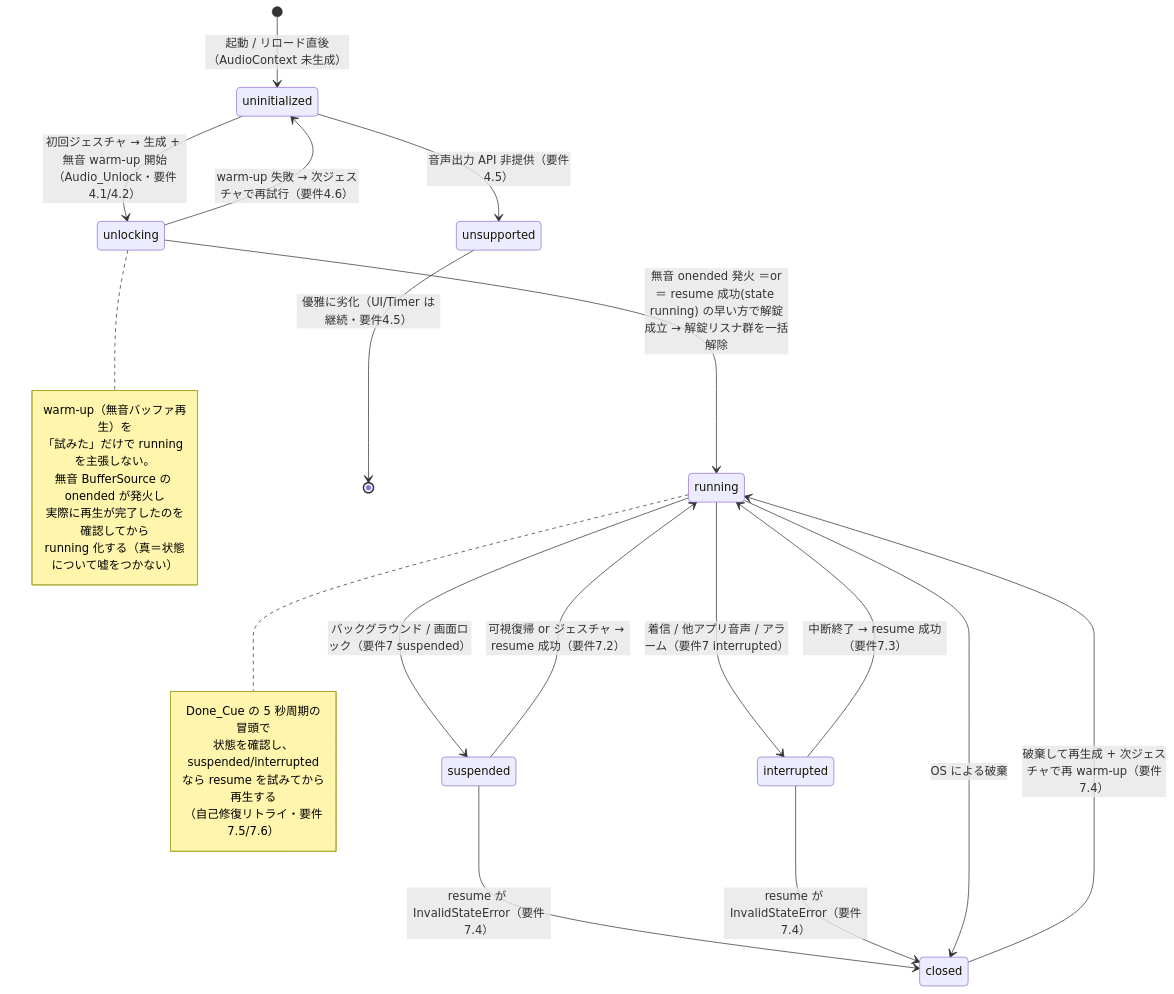
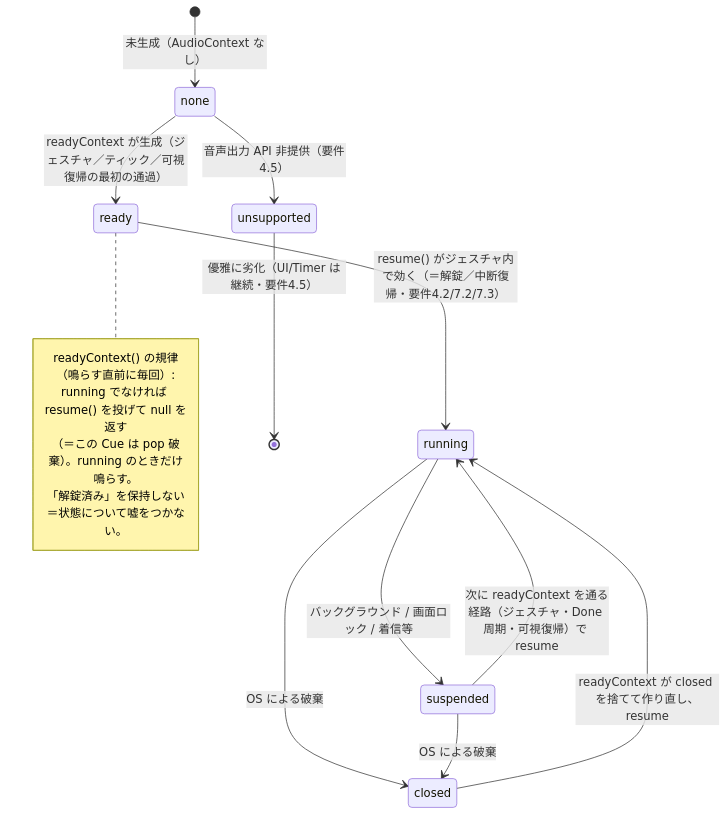
Before and after one commit to mikomokaru/durable-yudemen: the third of 4 diagrams in .kiro/specs/audio-cues/design.md, drawn with Mermaid. The commit also changed other lines of this file and 1 other file, not shown here.

First line of the commit message:
refactor(client): 音声解錠を状態保持から readyContext の実測へ簡素化

````diff
--- a/.kiro/specs/audio-cues/design.md
+++ b/.kiro/specs/audio-cues/design.md
@@ -132,37 +134,23 @@
 ```mermaid
 stateDiagram-v2
-  [*] --> uninitialized: 起動 / リロード直後（AudioContext 未生成）
-  uninitialized --> unlocking: 初回ジェスチャ → 生成 + 無音 warm-up 開始（Audio_Unlock・要件4.1/4.2）
-  unlocking --> running: 無音 onended 発火 ＝or＝ resume 成功(state running) の早い方で解錠成立 → 解錠リスナ群を一括解除
-  unlocking --> uninitialized: warm-up 失敗 → 次ジェスチャで再試行（要件4.6）
-  uninitialized --> unsupported: 音声出力 API 非提供（要件4.5）
+  [*] --> none: 未生成（AudioContext なし）
+  none --> ready: readyContext が生成（ジェスチャ／ティック／可視復帰の最初の通過）
+  none --> unsupported: 音声出力 API 非提供（要件4.5）
 
-  running --> suspended: バックグラウンド / 画面ロック（要件7 suspended）
-  running --> interrupted: 着信 / 他アプリ音声 / アラーム（要件7 interrupted）
+  ready --> running: resume() がジェスチャ内で効く（＝解錠／中断復帰・要件4.2/7.2/7.3）
+  running --> suspended: バックグラウンド / 画面ロック / 着信等
+  suspended --> running: 次に readyContext を通る経路（ジェスチャ・Done 周期・可視復帰）で resume
 
-  suspended --> running: 可視復帰 or ジェスチャ → resume 成功（要件7.2）
-  interrupted --> running: 中断終了 → resume 成功（要件7.3）
-
-  suspended --> closed: resume が InvalidStateError（要件7.4）
-  interrupted --> closed: resume が InvalidStateError（要件7.4）
   running --> closed: OS による破棄
-
-  closed --> running: 破棄して再生成 + 次ジェスチャで再 warm-up（要件7.4）
+  suspended --> closed: OS による破棄
+  closed --> running: readyContext が closed を捨てて作り直し、resume
 
   unsupported --> [*]: 優雅に劣化（UI/Timer は継続・要件4.5）
 
-  note right of unlocking
-    warm-up（無音バッファ再生）を
-    「試みた」だけで running を主張しない。
-    無音 BufferSource の onended が発火し
-    実際に再生が完了したのを確認してから
-    running 化する（真＝状態について嘘をつかない）
-  end note
-
-  note right of running
-    Done_Cue の 5 秒周期の冒頭で
-    状態を確認し、suspended/interrupted
-    なら resume を試みてから再生する
-    （自己修復リトライ・要件7.5/7.6）
+  note right of ready
+    readyContext() の規律（鳴らす直前に毎回）:
+    running でなければ resume() を投げて null を返す
+    （＝この Cue は pop 破棄）。running のときだけ鳴らす。
+    「解錠済み」を保持しない＝状態について嘘をつかない。
   end note
 ```
````
